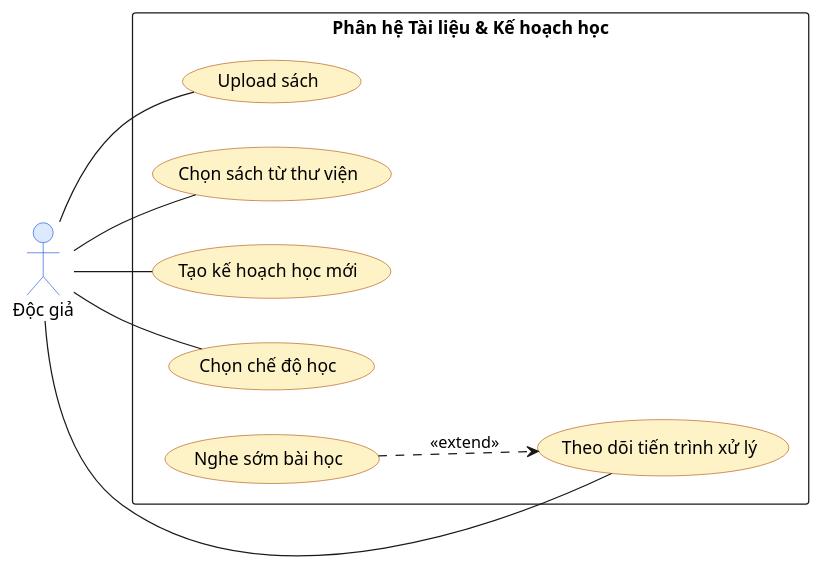
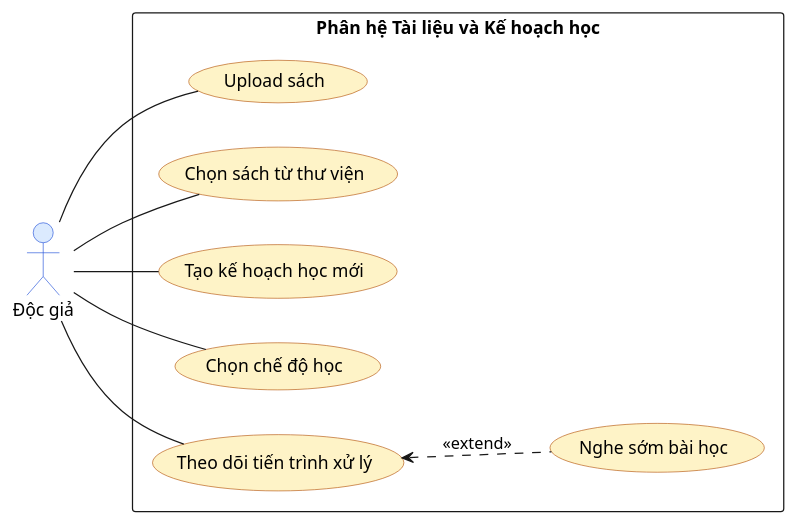
One commit to KhoaSinno/triam-backend changed the diagram in _docs_capstone/_dia/UseCase/sub_UC/triam_usecase_library_plan.puml. Above: the diagram before and after it, drawn with PlantUML. The commit also changed 5 other files, not shown here.

```diff
--- a/_docs_capstone/_dia/UseCase/sub_UC/triam_usecase_library_plan.puml
+++ b/_docs_capstone/_dia/UseCase/sub_UC/triam_usecase_library_plan.puml
@@ -1,40 +1,40 @@
 @startuml triam_usecase_library_plan
 skinparam Shadowing false
 skinparam backgroundColor #FFFFFF
 skinparam defaultFontName Arial
 ' skinparam roundcorner 14
 ' skinparam linetype ortho
 
 skinparam actor {
   BackgroundColor #DBEAFE
   BorderColor #1D4ED8
 }
 skinparam usecase {
   BackgroundColor #FEF3C7
   BorderColor #B45309
 }
 
 left to right direction
 
 actor "Độc giả" as Reader
 
-rectangle "Phân hệ Tài liệu & Kế hoạch học" {
+rectangle "Phân hệ Tài liệu và Kế hoạch học" {
   (Upload sách) as UC_UploadBook
   ' TODO: Hiện tại chưa có Chọn sách từ thư viện
   (Chọn sách từ thư viện) as UC_SelectBook
 
   (Tạo kế hoạch học mới) as UC_CreatePlan
   (Chọn chế độ học) as UC_SelectMode
   (Theo dõi tiến trình xử lý) as UC_TrackJob
   (Nghe sớm bài học) as UC_ListenEarly
 
   ' Mũi tên hướng từ tính năng mở rộng về tính năng gốc
-  UC_ListenEarly ..> UC_TrackJob : <<extend>>
+  UC_TrackJob <.. UC_ListenEarly  : <<extend>>
 }
 
 Reader -- UC_UploadBook
 Reader -- UC_SelectBook
 Reader -- UC_CreatePlan
 Reader -- UC_SelectMode
 Reader -- UC_TrackJob
 @enduml
```
